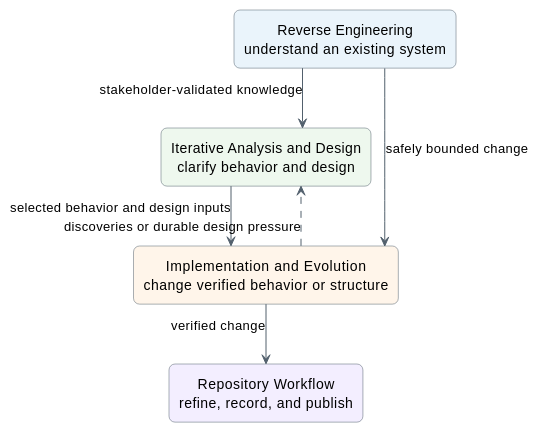
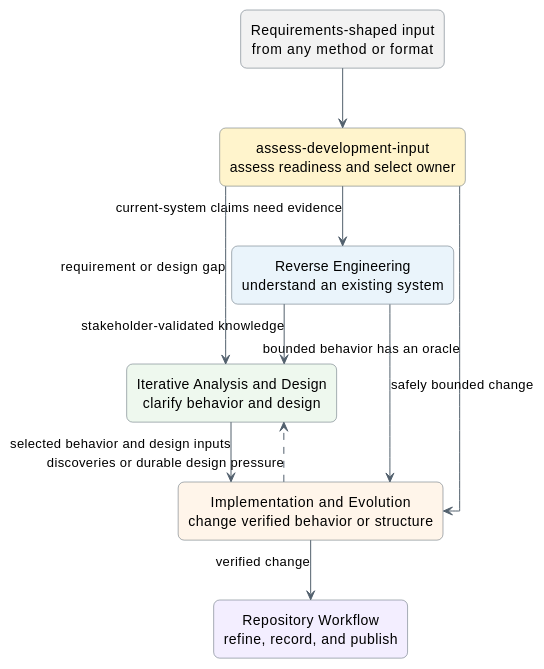
The first of 5 diagrams in catalog/skill-relationships.md (sirius-cc-wu/sirius-skills), drawn with PlantUML before and after one commit. The commit also changed other lines of this file and 19 other files, not shown here.

Commit message:
skills: add development input assessment

````diff
--- a/catalog/skill-relationships.md
+++ b/catalog/skill-relationships.md
@@ -20,29 +22,35 @@
 ```plantuml
 @startuml skill-track-overview
 top to bottom direction
 
 skinparam backgroundColor #FFFFFF
 skinparam shadowing false
 skinparam packageStyle rectangle
 skinparam linetype ortho
 skinparam defaultFontName Arial
 skinparam defaultTextAlignment center
 skinparam ArrowColor #52606D
 skinparam rectangle {
   BackgroundColor #FFFFFF
   BorderColor #52606D
   RoundCorner 12
 }
 
 rectangle "Reverse Engineering\nunderstand an existing system" as reverse #EAF4FB
 rectangle "Iterative Analysis and Design\nclarify behavior and design" as design #EEF8EE
 rectangle "Implementation and Evolution\nchange verified behavior or structure" as implementation #FFF5EA
 rectangle "Repository Workflow\nrefine, record, and publish" as repository #F3EEFF
+rectangle "Requirements-shaped input\nfrom any method or format" as external #F2F2F2
+rectangle "assess-development-input\nassess readiness and select owner" as intake #FFF4CC
 
+external --> intake
+intake --> reverse : current-system claims need evidence
+intake --> design : requirement or design gap
+intake --> implementation : bounded behavior has an oracle
 reverse --> design : stakeholder-validated knowledge
 reverse --> implementation : safely bounded change
 design --> implementation : selected behavior and design inputs
 implementation ..> design : discoveries or durable design pressure
 implementation --> repository : verified change
 @enduml
 ```
````
